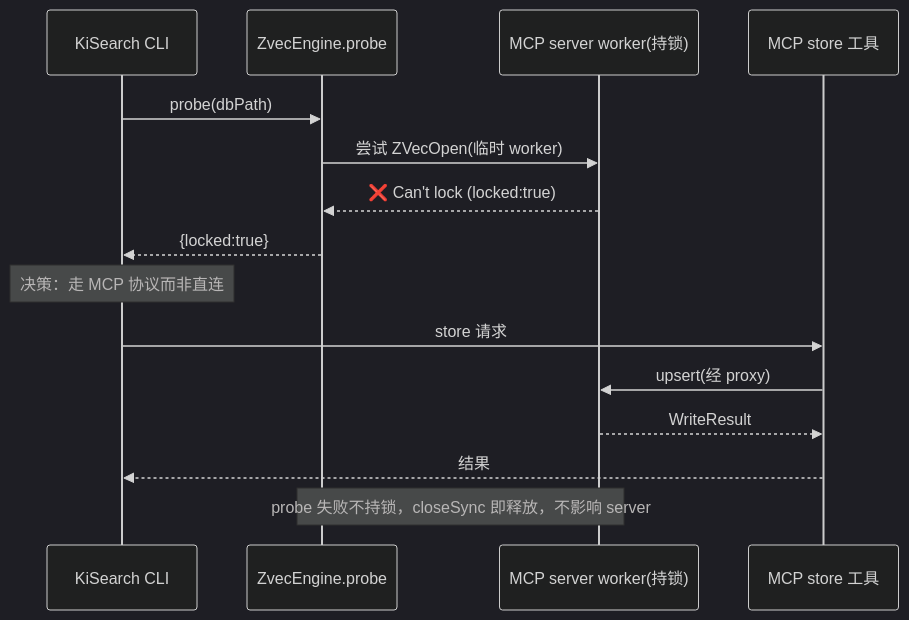
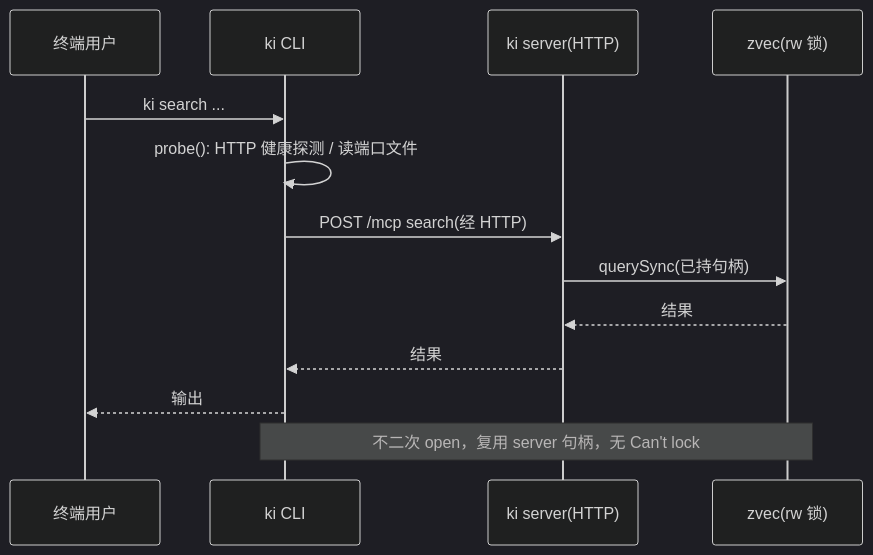
The first of 3 diagrams in .requirements/2026-07-17-KiSearch-zvec-node-mcp/review/scenario-rehearsal-v3.md (HACK-WU/kisearch), drawn with Mermaid (dark theme) before and after one commit. The commit also changed other lines of this file and 42 other files, not shown here.

First line of the commit message:
feat: 引入 Vector Adapter 层，迁移 search/store/bulk_store 到 zvec

````diff
--- a/.requirements/2026-07-17-KiSearch-zvec-node-mcp/review/scenario-rehearsal-v3.md
+++ b/.requirements/2026-07-17-KiSearch-zvec-node-mcp/review/scenario-rehearsal-v3.md
@@ -98,17 +52,15 @@
 ```mermaid
 sequenceDiagram
-    participant CLI as KiSearch CLI
-    participant P as ZvecEngine.probe
-    participant W as MCP server worker(持锁)
-    participant M as MCP store 工具
-    CLI->>P: probe(dbPath)
-    P->>W: 尝试 ZVecOpen(临时 worker)
-    W-->>P: ❌ Can't lock (locked:true)
-    P-->>CLI: {locked:true}
-    Note over CLI: 决策：走 MCP 协议而非直连
-    CLI->>M: store 请求
-    M->>W: upsert(经 proxy)
-    W-->>M: WriteResult
-    M-->>CLI: 结果
-    Note over P,W: probe 失败不持锁，closeSync 即释放，不影响 server
+    participant U as 终端用户
+    participant C as ki CLI
+    participant S as ki server(HTTP)
+    participant Z as zvec(rw 锁)
+    U->>C: ki search ...
+    C->>C: probe(): HTTP 健康探测 / 读端口文件
+    C->>S: POST /mcp search(经 HTTP)
+    S->>Z: querySync(已持句柄)
+    Z-->>S: 结果
+    S-->>C: 结果
+    C-->>U: 输出
+    Note over C,Z: 不二次 open，复用 server 句柄，无 Can't lock
 ```
````
